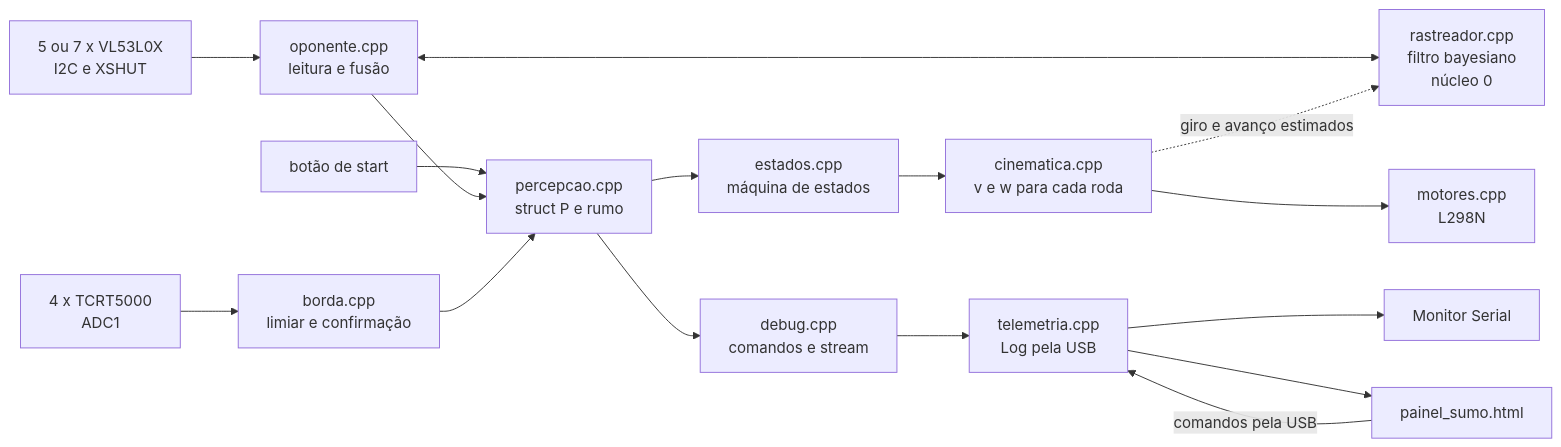
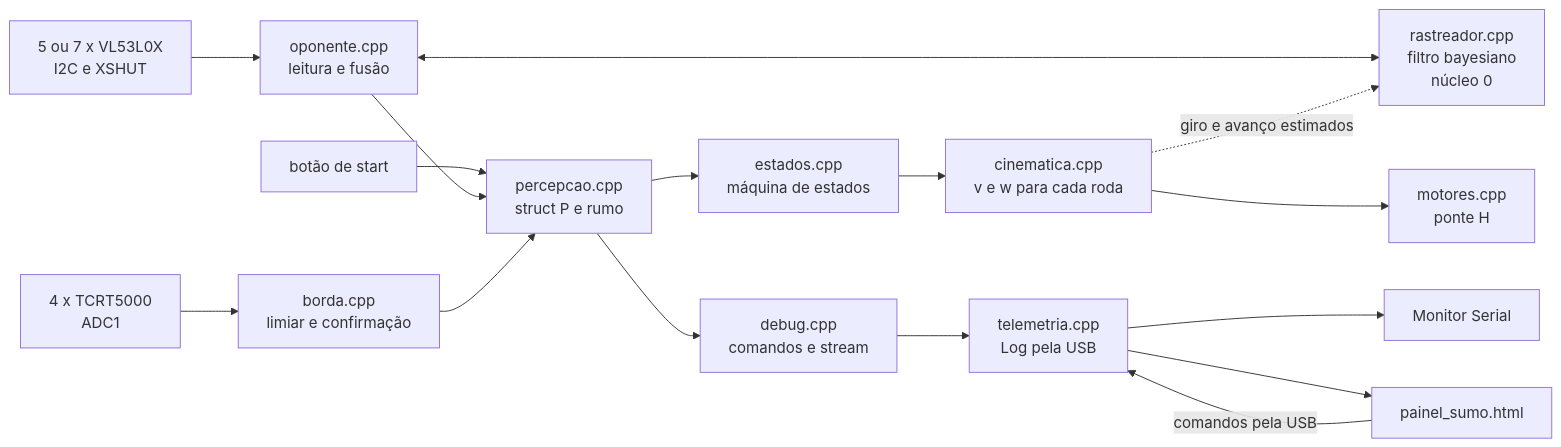
Before and after one commit to felcoslop/LAB_III_Grupo_D_UFMG_2026_2: the second of 3 diagrams in README.md, drawn with Mermaid. The commit also changed other lines of this file and 11 other files, not shown here.

First line of the commit message:
feat(motores): ponte H dupla de 10 A e comando pwm para conferir os fios

````diff
--- a/README.md
+++ b/README.md
@@ -276,18 +277,18 @@
 ```mermaid
 flowchart LR
     TOF["5 ou 7 x VL53L0X<br/>I2C e XSHUT"] --> OPO["oponente.cpp<br/>leitura e fusão"]
     OPO <--> RAS["rastreador.cpp<br/>filtro bayesiano<br/>núcleo 0"]
     TCRT["4 x TCRT5000<br/>ADC1"] --> BOR["borda.cpp<br/>limiar e confirmação"]
     BOT["botão de start"] --> PER
     OPO --> PER["percepcao.cpp<br/>struct P e rumo"]
     BOR --> PER
     PER --> EST["estados.cpp<br/>máquina de estados"]
     EST --> CIN["cinematica.cpp<br/>v e w para cada roda"]
-    CIN --> MOT["motores.cpp<br/>L298N"]
+    CIN --> MOT["motores.cpp<br/>ponte H"]
     CIN -. "giro e avanço estimados" .-> RAS
     PER --> DEB["debug.cpp<br/>comandos e stream"]
     DEB --> TEL["telemetria.cpp<br/>Log pela USB"]
     TEL --> USB["Monitor Serial"]
     TEL --> PAI["painel_sumo.html"]
     PAI -- "comandos pela USB" --> TEL
 ```
````
